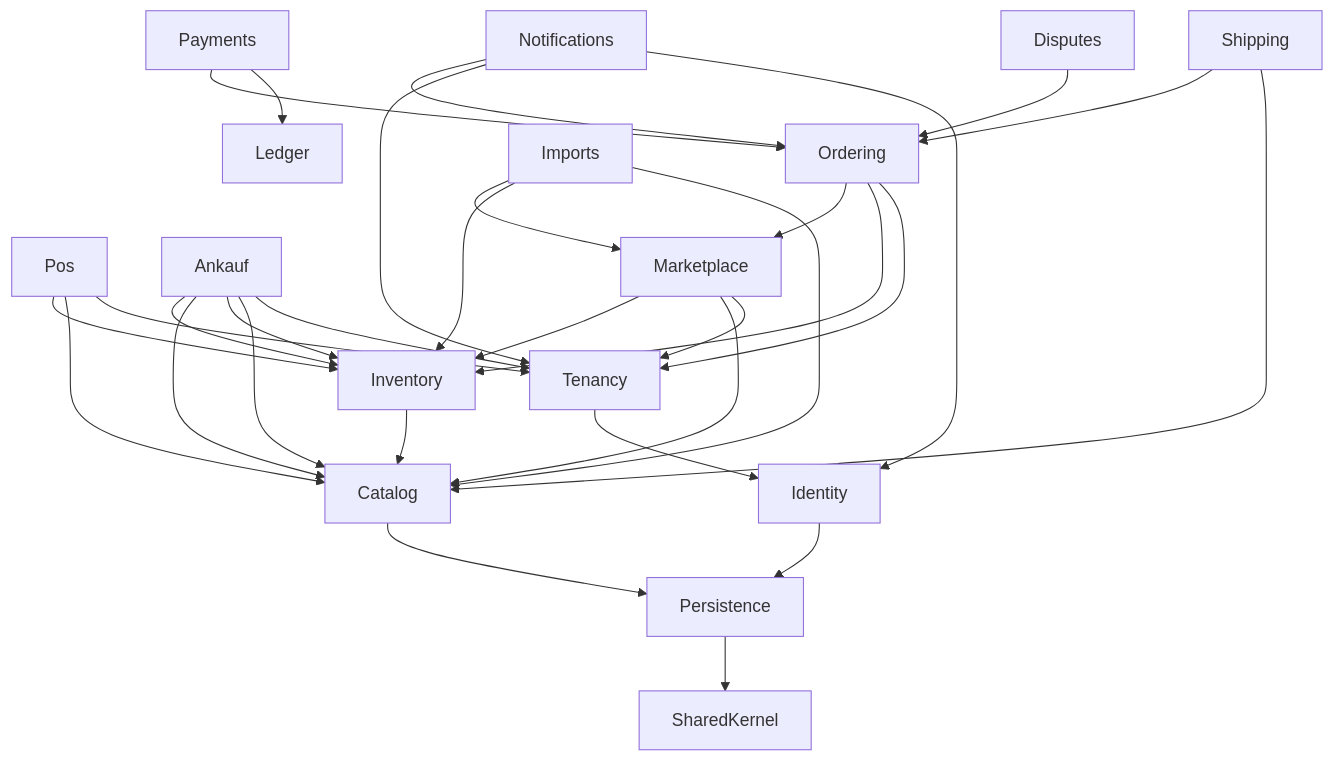
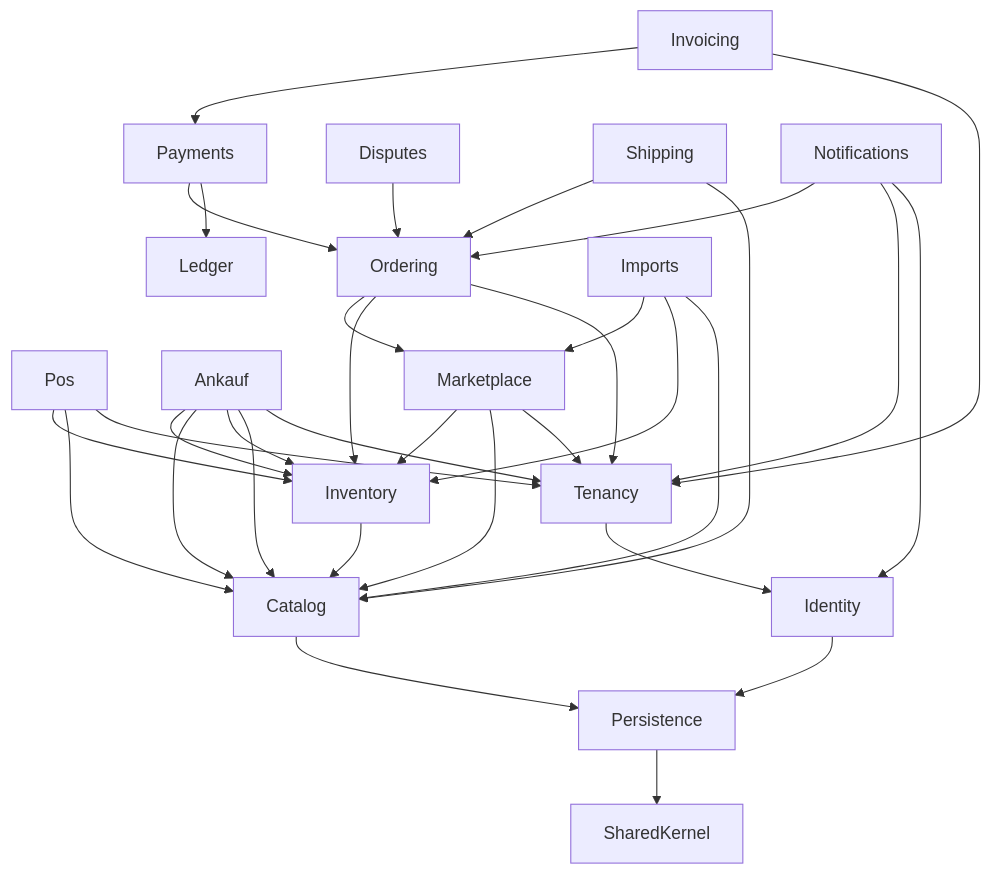
The second of 2 diagrams in docs/architecture.md (sedatakyol-49/handyNet), drawn with Mermaid before and after one commit. The commit also changed other lines of this file and 44 other files, not shown here.

````diff
--- a/docs/architecture.md
+++ b/docs/architecture.md
@@ -24,33 +24,35 @@
 ```mermaid
 flowchart TD
+    Invoicing --> Payments
+    Invoicing --> Tenancy
     Pos --> Inventory
     Pos --> Catalog
     Pos --> Tenancy
     Ankauf --> Inventory
     Ankauf --> Catalog
     Disputes --> Ordering
     Payments --> Ordering
     Payments --> Ledger
     Shipping --> Ordering
     Shipping --> Catalog
     Notifications --> Ordering
     Notifications --> Tenancy
     Notifications --> Identity
     Ordering --> Marketplace
     Ordering --> Inventory
     Ordering --> Tenancy
     Ankauf --> Inventory
     Ankauf --> Catalog
     Ankauf --> Tenancy
     Imports --> Marketplace
     Imports --> Inventory
     Imports --> Catalog
     Marketplace --> Inventory
     Marketplace --> Catalog
     Marketplace --> Tenancy
     Inventory --> Catalog
     Tenancy --> Identity
     Identity --> Persistence
     Catalog --> Persistence
     Persistence --> SharedKernel
 ```
````
